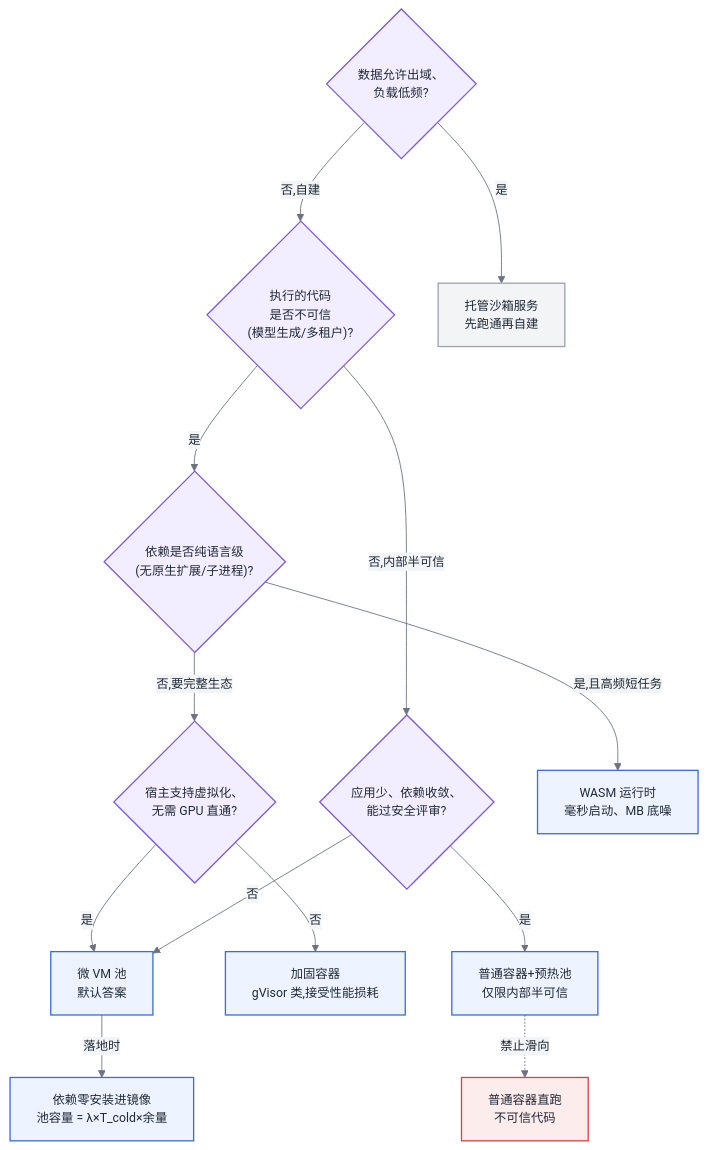
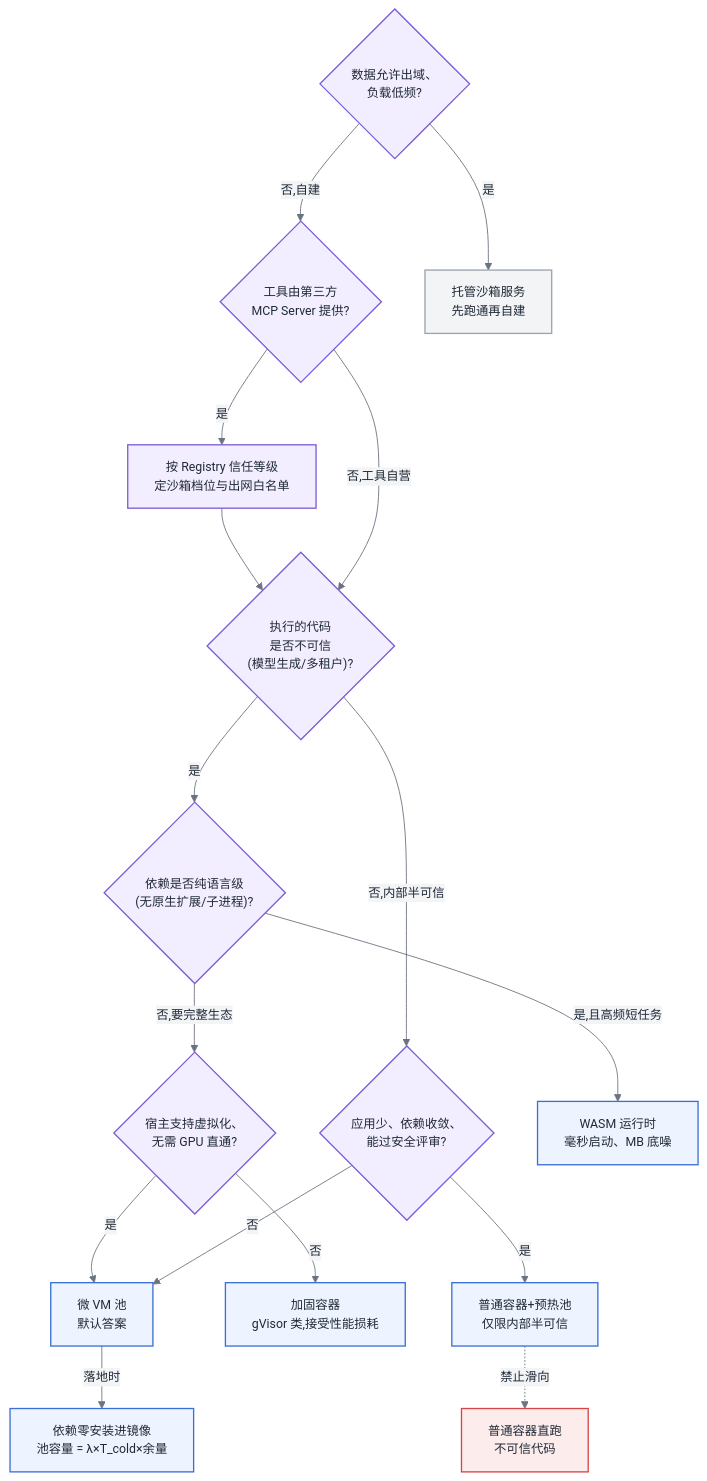
One commit to cdavid817/AI-Infra changed the fourth of 4 diagrams in 第六部分-上层平台/第28章-Agent运行时基础设施.md. Above: the diagram before and after it, drawn with Mermaid. The commit also changed other lines of this file and 8 other files, not shown here.

````diff
--- a/第六部分-上层平台/第28章-Agent运行时基础设施.md
+++ b/第六部分-上层平台/第28章-Agent运行时基础设施.md
@@ -153,39 +254,44 @@
 ```mermaid
 %%{init: {'theme':'base','themeVariables':{
   'primaryColor':'#EEF4FF','primaryBorderColor':'#3B6FD4','primaryTextColor':'#1F2937',
   'secondaryColor':'#F3F4F6','tertiaryColor':'#FFFFFF',
   'lineColor':'#6B7280','fontFamily':'-apple-system, Segoe UI, Helvetica, Arial, sans-serif','fontSize':'14px'
 }}}%%
 flowchart TB
     classDef ctrl fill:#F3EEFF,stroke:#7C5CD4,stroke-width:1.5px,color:#1F2937
     classDef compute fill:#EEF4FF,stroke:#3B6FD4,stroke-width:1.5px,color:#1F2937
     classDef ext fill:#F3F4F6,stroke:#9CA3AF,stroke-width:1.5px,color:#1F2937
     classDef risk fill:#FDECEC,stroke:#D64545,stroke-width:1.5px,color:#1F2937
 
     Q0{数据允许出域、<br/>负载低频?}:::ctrl
+    QM{"工具由第三方<br/>MCP Server 提供?"}:::ctrl
+    WM["按 Registry 信任等级<br/>定沙箱档位与出网白名单"]:::ctrl
     Q1{"执行的代码<br/>是否不可信<br/>(模型生成/多租户)?"}:::ctrl
     Q2{"依赖是否纯语言级<br/>(无原生扩展/子进程)?"}:::ctrl
     Q3{宿主支持虚拟化、<br/>无需 GPU 直通?}:::ctrl
     Q4{应用少、依赖收敛、<br/>能过安全评审?}:::ctrl
 
     S0[托管沙箱服务<br/>先跑通再自建]:::ext
     S1[WASM 运行时<br/>毫秒启动、MB 底噪]:::compute
     S2[微 VM 池<br/>默认答案]:::compute
     S3[加固容器<br/>gVisor 类,接受性能损耗]:::compute
     S4[普通容器+预热池<br/>仅限内部半可信]:::compute
     W1[依赖零安装进镜像<br/>池容量 = λ×T_cold×余量]:::compute
     R1[普通容器直跑<br/>不可信代码]:::risk
 
     Q0 -->|是| S0
-    Q0 -->|否,自建| Q1
+    Q0 -->|否,自建| QM
+    QM -->|是| WM
+    WM --> Q1
+    QM -->|否,工具自营| Q1
     Q1 -->|是| Q2
     Q1 -->|否,内部半可信| Q4
     Q2 -->|是,且高频短任务| S1
     Q2 -->|否,要完整生态| Q3
     Q3 -->|是| S2
     Q3 -->|否| S3
     Q4 -->|是| S4
     Q4 -->|否| S2
     S2 -->|落地时| W1
     S4 -.->|禁止滑向| R1
 ```
````
